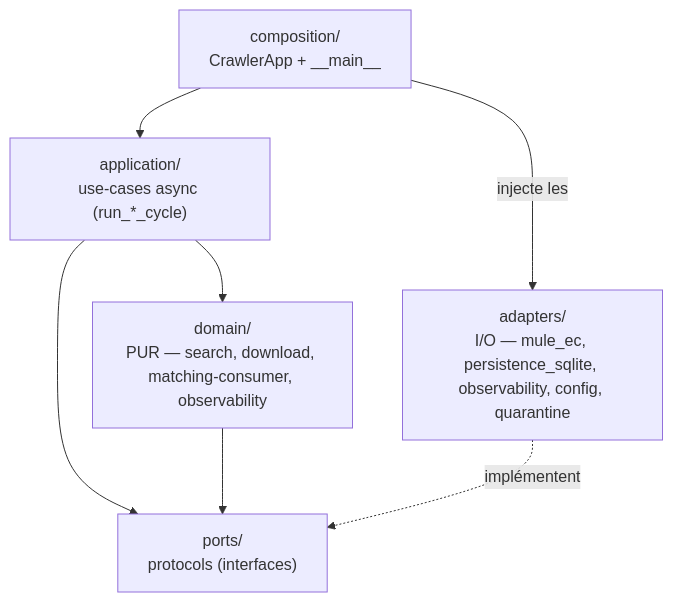
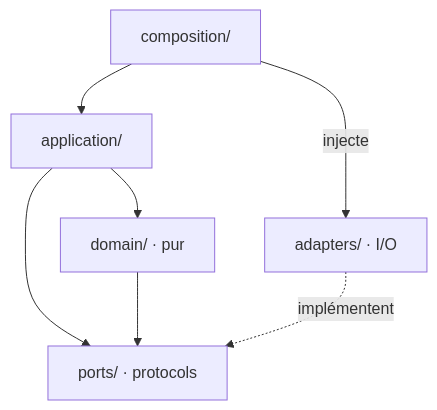
One commit to GeoffreyCoulaud/mulewatch changed the fourth of 10 diagrams in docs/architecture.md. Above: the diagram before and after it, drawn with Mermaid. The commit also changed other lines of this file, not shown here.

First line of the commit message:
docs(architecture): diagrammes — trafic via gluetun, notifs via URL apprise, labels courts

````diff
--- a/docs/architecture.md
+++ b/docs/architecture.md
@@ -88,15 +97,15 @@
 ```mermaid
 flowchart TB
-  comp["composition/<br/>CrawlerApp + __main__"]
-  appl["application/<br/>use-cases async (run_*_cycle)"]
-  dom["domain/<br/>PUR — search, download, matching-consumer, observability"]
-  ports["ports/<br/>protocols (interfaces)"]
-  adp["adapters/<br/>I/O — mule_ec, persistence_sqlite, observability, config, quarantine"]
+  comp["composition/"]
+  appl["application/"]
+  dom["domain/ · pur"]
+  ports["ports/ · protocols"]
+  adp["adapters/ · I/O"]
 
   comp --> appl
   appl --> dom
   appl --> ports
   dom --> ports
-  comp -->|"injecte les"| adp
-  adp -.->|"implémentent"| ports
+  comp -->|injecte| adp
+  adp -.->|implémentent| ports
 ```
````
